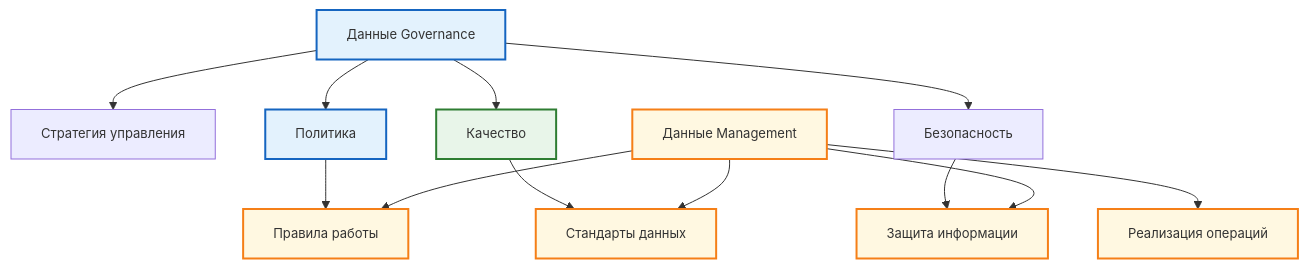
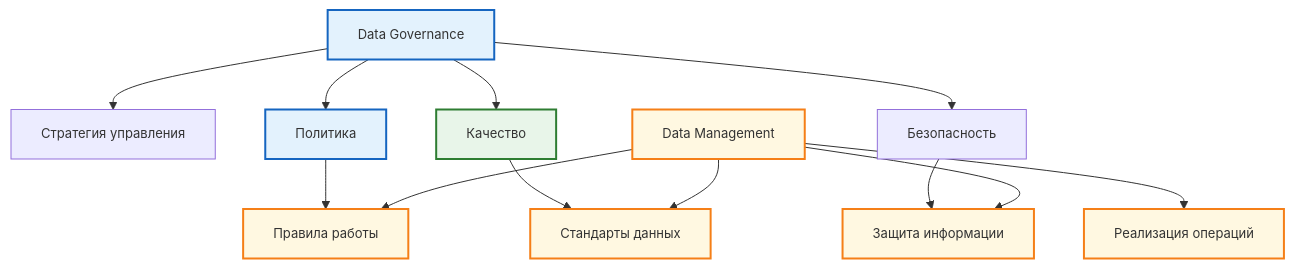
One commit to Spirzen/it-knowledge-base changed the first of 2 diagrams in docs/encyclopedia/3-data-markup/3-05-osnovy-baz-dannyh/111.md. Above: the diagram before and after it, drawn with Mermaid. The commit also changed other lines of this file and 1787 other files, not shown here.

````diff
--- a/docs/encyclopedia/3-data-markup/3-05-osnovy-baz-dannyh/111.md
+++ b/docs/encyclopedia/3-data-markup/3-05-osnovy-baz-dannyh/111.md
@@ -106,24 +106,24 @@
 ```mermaid
 %%{init: {"theme": "default", "themeVariables": {"fontSize": "13px", "fontFamily": "Segoe UI, Tahoma, sans-serif"}}}%%
 flowchart TD
-    DG[Данные Governance] --> Strategy[Стратегия управления]
-    DM[Данные Management] --> Execution[Реализация операций]
+    DG[Data Governance] --> Strategy[Стратегия управления]
+    DM[Data Management] --> Execution[Реализация операций]
     Policy[Политика] --> Rules[Правила работы]
     Quality[Качество] --> Standards[Стандарты данных]
     Безопасность[Безопасность] --> Protection[Защита информации]
     
     DG --> Policy
     DG --> Quality
     DG --> Безопасность
     DM --> Rules
     DM --> Standards
     DM --> Protection
     
     classDef governance fill:#e3f2fd,stroke:#1565c0,stroke-width:2px
     classDef management fill:#fff8e1,stroke:#f57f17,stroke-width:2px
     classDef pillar fill:#e8f5e9,stroke:#2e7d32,stroke-width:2px
     
     class DG,Policy governance
     class DM,Execution,Rules,Standards,Protection management
     class Quality,Safety,Pillar pillar
 ```
````
